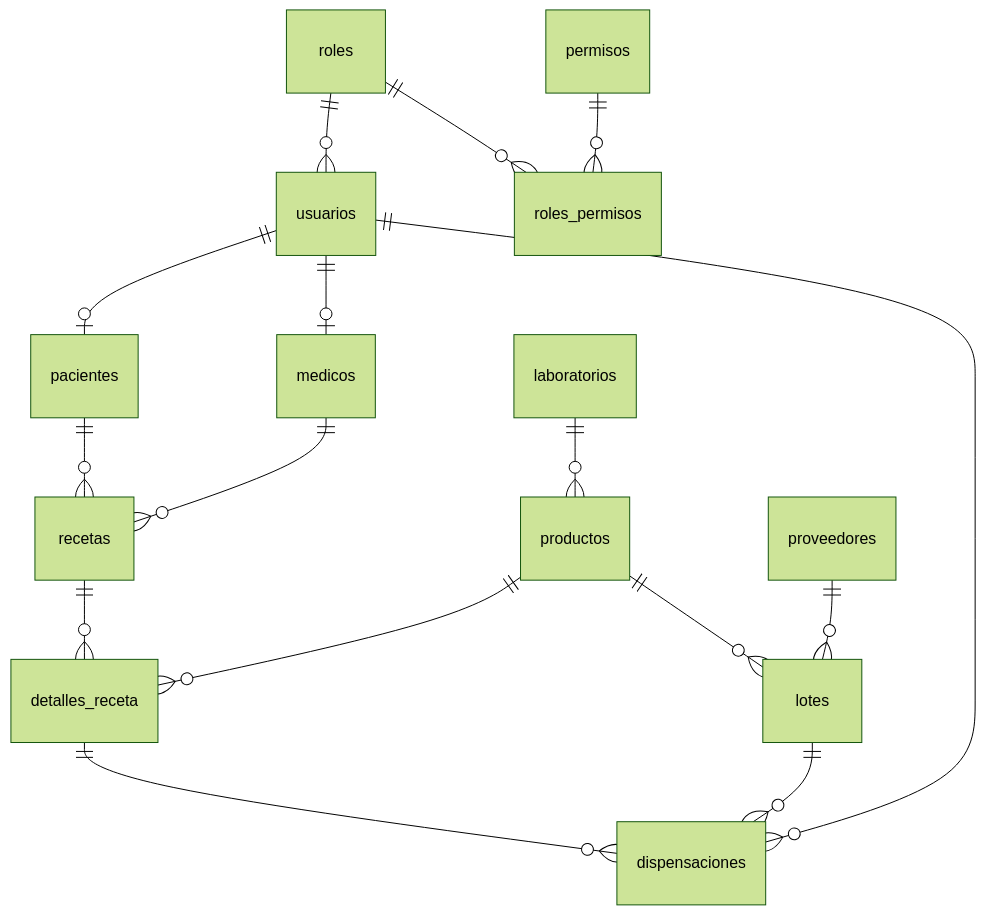
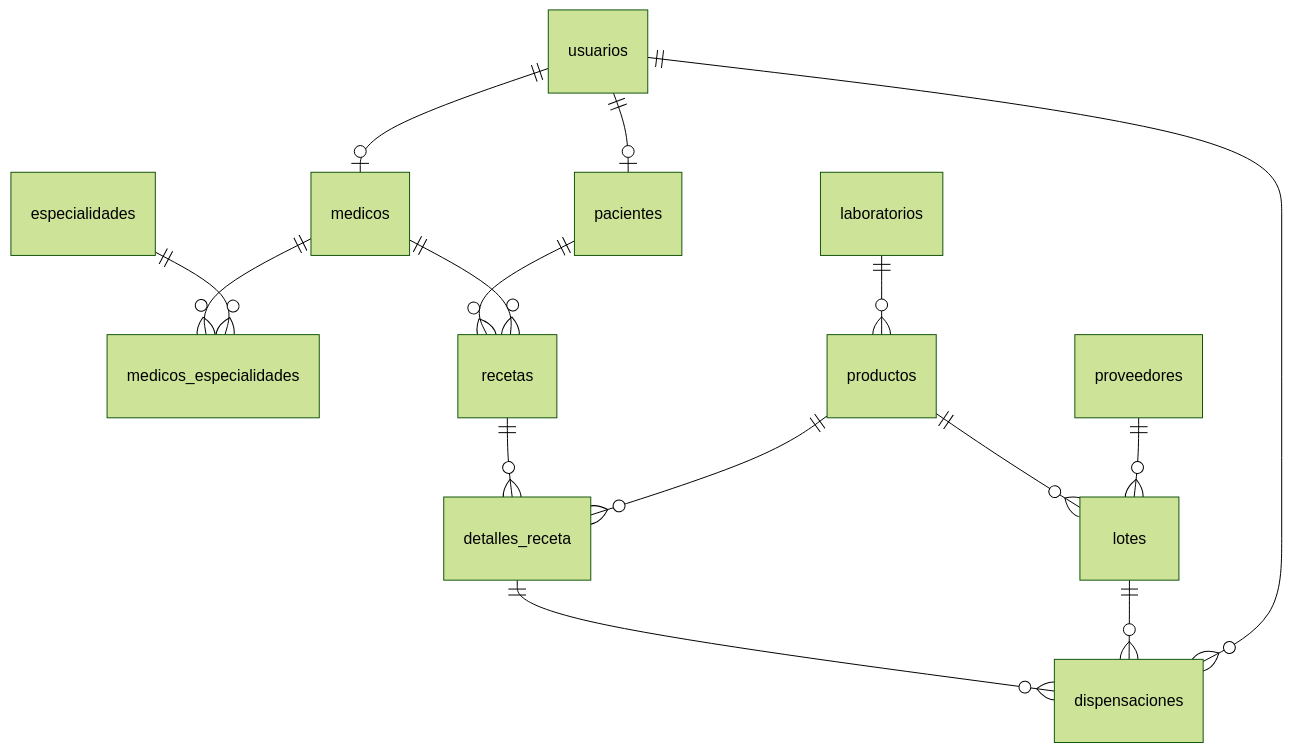
Before and after one commit to DBermudez23/BDProyectoFinal: the diagram in README.md, drawn with Mermaid (forest theme).

Commit message:
Cambiando ER

````diff
--- a/README.md
+++ b/README.md
@@ -15,18 +15,17 @@
 ```mermaid
 erDiagram
-    roles ||--o{ usuarios : ""
     usuarios ||--o| pacientes : ""
     usuarios ||--o| medicos : ""
-    roles ||--o{ roles_permisos : ""
-    permisos ||--o{ roles_permisos : ""
+    medicos ||--o{ medicos_especialidades : ""
+    especialidades ||--o{ medicos_especialidades : ""
     laboratorios ||--o{ productos : ""
     productos ||--o{ lotes : ""
     proveedores ||--o{ lotes : ""
     pacientes ||--o{ recetas : ""
     medicos ||--o{ recetas : ""
     recetas ||--o{ detalles_receta : ""
     productos ||--o{ detalles_receta : ""
     detalles_receta ||--o{ dispensaciones : ""
     lotes ||--o{ dispensaciones : ""
     usuarios ||--o{ dispensaciones : ""
-```
+  ```
````
